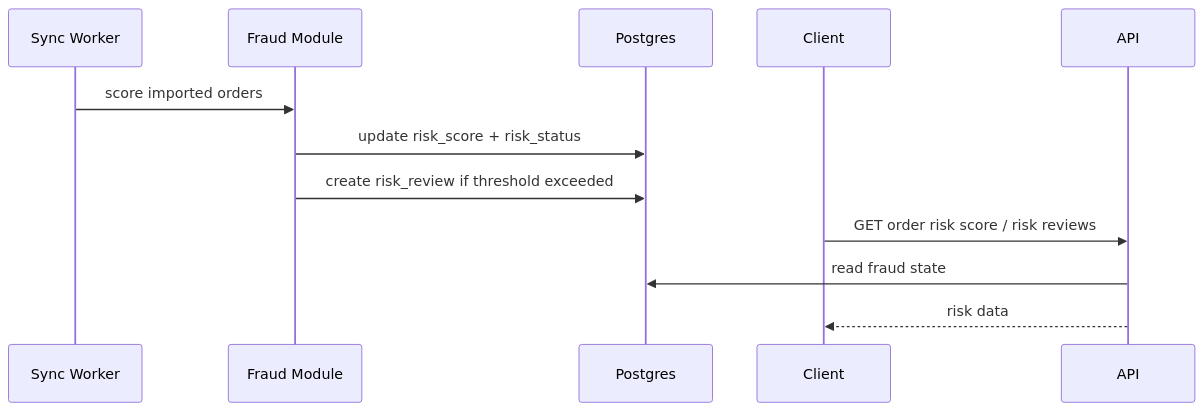
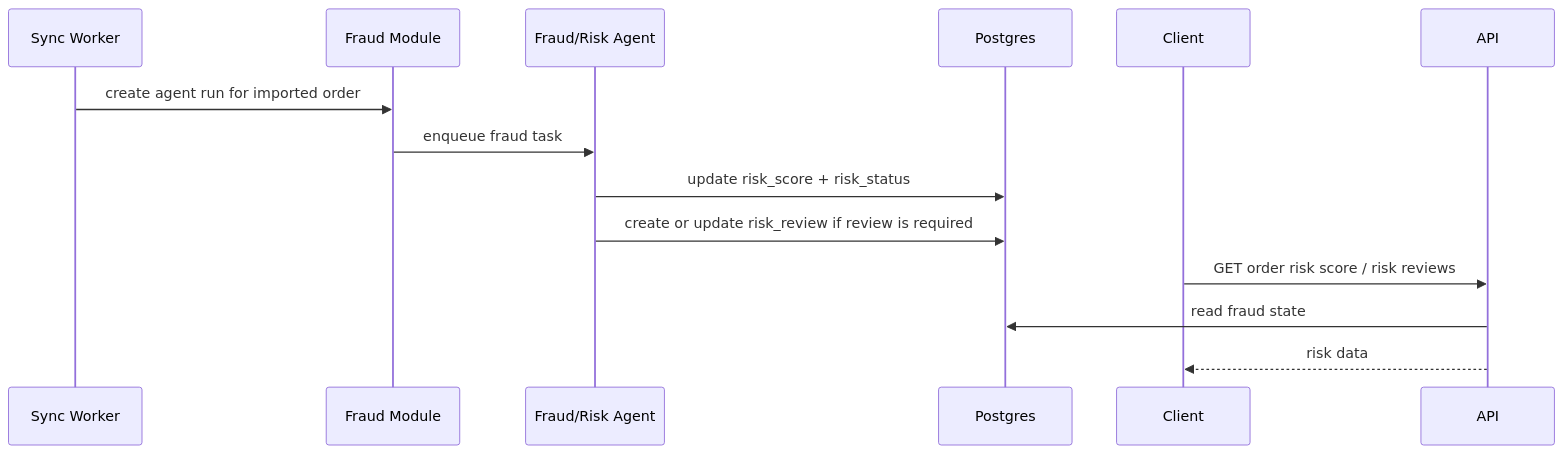
Before and after one commit to danishali778/ecommerce_ai: the tenth of 13 diagrams in docs/public/api-design.md, drawn with Mermaid. The commit also changed other lines of this file and 4 other files, not shown here.

````diff
--- a/docs/public/api-design.md
+++ b/docs/public/api-design.md
@@ -205,15 +206,17 @@
 ```mermaid
 sequenceDiagram
     participant Sync as Sync Worker
     participant Fraud as Fraud Module
+    participant Agent as Fraud/Risk Agent
     participant DB as Postgres
     participant Client
     participant API
 
-    Sync->>Fraud: score imported orders
-    Fraud->>DB: update risk_score + risk_status
-    Fraud->>DB: create risk_review if threshold exceeded
+    Sync->>Fraud: create agent run for imported order
+    Fraud->>Agent: enqueue fraud task
+    Agent->>DB: update risk_score + risk_status
+    Agent->>DB: create or update risk_review if review is required
     Client->>API: GET order risk score / risk reviews
     API->>DB: read fraud state
     API-->>Client: risk data
 ```
````
